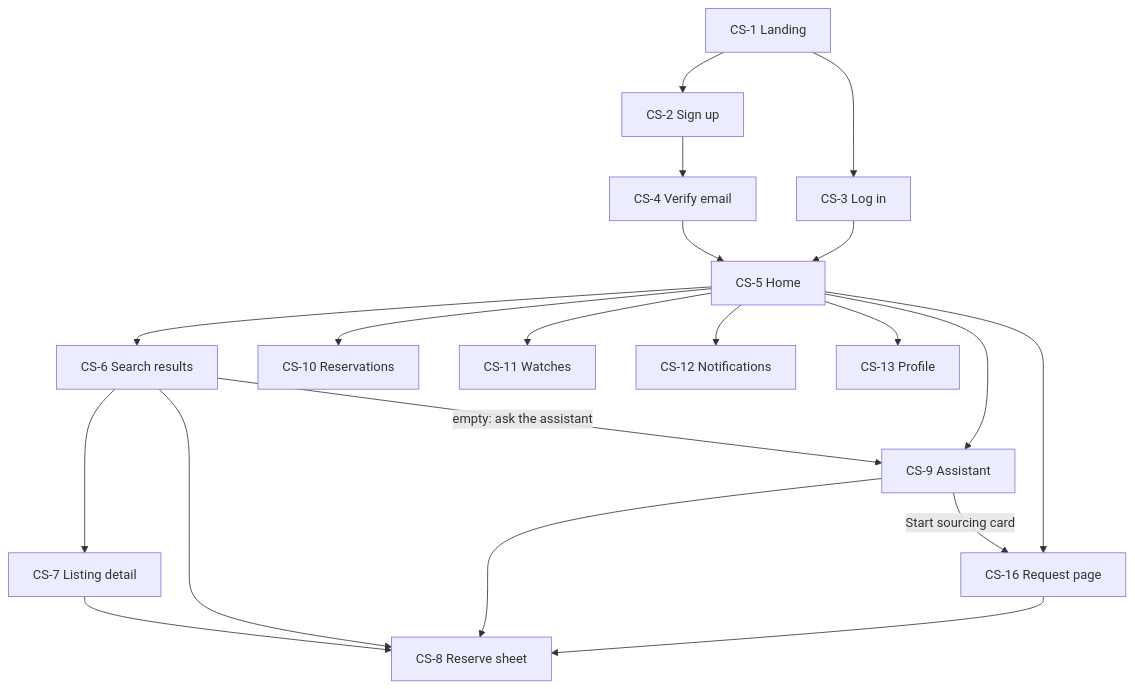
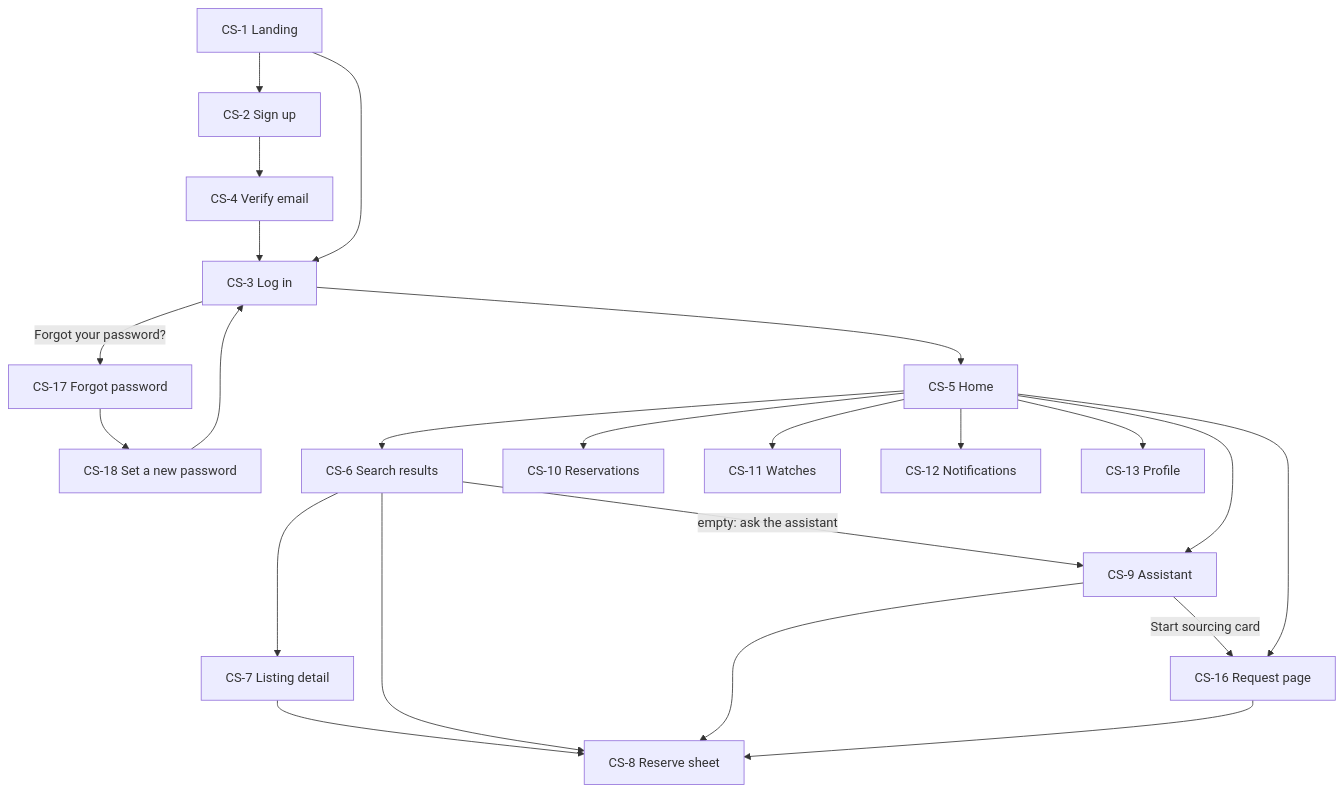
Before and after one commit to Mohammed-Farhat/Dawa_Link: the diagram in docs/03_user_flows.md, drawn with Mermaid. The commit also changed other lines of this file and 21 other files, not shown here.

Commit message:
Docs for the two rounds: forgot my password, delete my account, confirm then log in, the Ministry's no-prescription list, the chat with the team, the agent at prompts v1.14; every doc's version, count and cross-reference brought up to date

````diff
--- a/docs/03_user_flows.md
+++ b/docs/03_user_flows.md
@@ -62,15 +62,16 @@
 ```mermaid
 flowchart TD
-    L[CS-1 Landing] --> SU[CS-2 Sign up] --> VE[CS-4 Verify email] --> H[CS-5 Home]
-    L --> LI[CS-3 Log in] --> H
+    L[CS-1 Landing] --> SU[CS-2 Sign up] --> VE[CS-4 Verify email] --> LI
+    L --> LI[CS-3 Log in] --> H[CS-5 Home]
+    LI -- "Forgot your password?" --> FP[CS-17 Forgot password] --> RP[CS-18 Set a new password] --> LI
     H --> S[CS-6 Search results] --> D[CS-7 Listing detail] --> RM[CS-8 Reserve sheet]
     S --> RM
     S -- "empty: ask the assistant" --> A
     H --> A[CS-9 Assistant] --> RM
     A -- "Start sourcing card" --> RQ[CS-16 Request page] --> RM
     H --> RQ
     H --> RL[CS-10 Reservations]
     H --> W[CS-11 Watches]
     H --> N[CS-12 Notifications]
     H --> P[CS-13 Profile]
 ```
````
